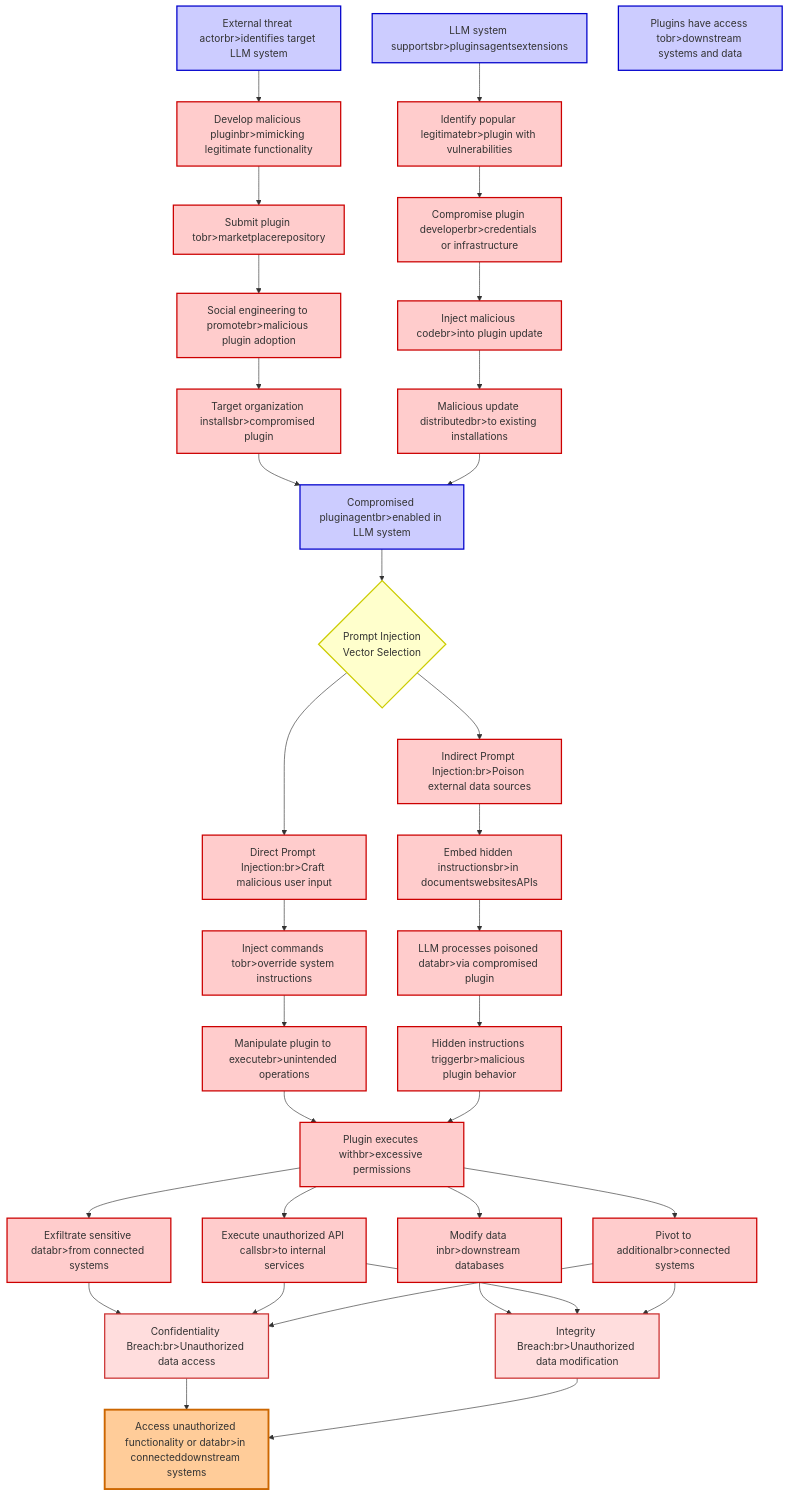
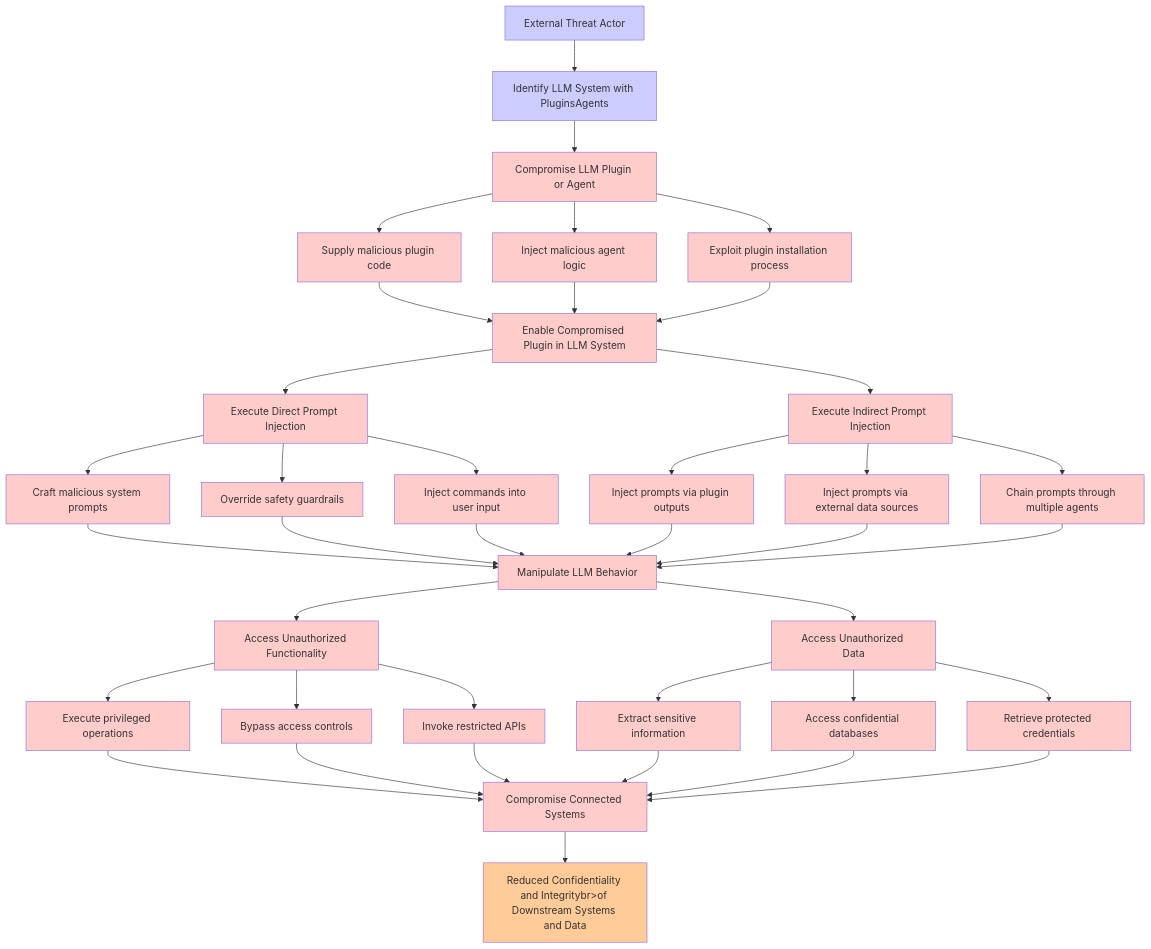
One commit to aws-samples/sample-agentic-attack-tree-generator changed the diagram in sample-applications/genai-chatbot/threatforest/attack_trees/attack_tree_0a054002-03d9-41cb-8b1d-1c9492c3fbb6_llm01_prompt_injection,_llm06_excessive_agency.md. Above: the diagram before and after it, drawn with Mermaid. The commit also changed other lines of this file and 310 other files, not shown here.

````diff
--- a/sample-applications/genai-chatbot/threatforest/attack_trees/attack_tree_0a054002-03d9-41cb-8b1d-1c9492c3fbb6_llm01_prompt_injection,_llm06_excessive_agency.md
+++ b/sample-applications/genai-chatbot/threatforest/attack_trees/attack_tree_0a054002-03d9-41cb-8b1d-1c9492c3fbb6_llm01_prompt_injection,_llm06_excessive_agency.md
@@ -8,59 +8,47 @@
 ```mermaid
 graph TD
-    GOAL[" Access unauthorized functionality or databr>in connecteddownstream systems"]
-    %% Initial Facts/Conditions
-    FACT1["External threat actorbr>identifies target LLM system"]
-    FACT2["LLM system supportsbr>pluginsagentsextensions"]
-    FACT3["Plugins have access tobr>downstream systems and data"]
-    %% Attack Path 1: Compromised Plugin Installation
-    FACT1 --> A1["Develop malicious pluginbr>mimicking legitimate functionality"]
-    A1 --> A2["Submit plugin tobr>marketplacerepository"]
-    A2 --> A3["Social engineering to promotebr>malicious plugin adoption"]
-    A3 --> A4["Target organization installsbr>compromised plugin"]
-    A4 --> PLUGIN_ACTIVE["Compromised pluginagentbr>enabled in LLM system"]
-    %% Attack Path 2: Supply Chain Compromise
-    FACT2 --> B1["Identify popular legitimatebr>plugin with vulnerabilities"]
-    B1 --> B2["Compromise plugin developerbr>credentials or infrastructure"]
-    B2 --> B3["Inject malicious codebr>into plugin update"]
-    B3 --> B4["Malicious update distributedbr>to existing installations"]
-    B4 --> PLUGIN_ACTIVE
-    %% Prompt Injection Attack Vectors
-    PLUGIN_ACTIVE --> INJECT_CHOICE{"Prompt Injection<br/>Vector Selection"}
-    %% Direct Prompt Injection Path
-    INJECT_CHOICE --> C1["Direct Prompt Injection:br>Craft malicious user input"]
-    C1 --> C2["Inject commands tobr>override system instructions"]
-    C2 --> C3["Manipulate plugin to executebr>unintended operations"]
-    %% Indirect Prompt Injection Path
-    INJECT_CHOICE --> D1["Indirect Prompt Injection:br>Poison external data sources"]
-    D1 --> D2["Embed hidden instructionsbr>in documentswebsitesAPIs"]
-    D2 --> D3["LLM processes poisoned databr>via compromised plugin"]
-    D3 --> D4["Hidden instructions triggerbr>malicious plugin behavior"]
-    %% Exploitation Outcomes
-    C3 --> EXPLOIT["Plugin executes withbr>excessive permissions"]
-    D4 --> EXPLOIT
-    EXPLOIT --> E1["Exfiltrate sensitive databr>from connected systems"]
-    EXPLOIT --> E2["Modify data inbr>downstream databases"]
-    EXPLOIT --> E3["Execute unauthorized API callsbr>to internal services"]
-    EXPLOIT --> E4["Pivot to additionalbr>connected systems"]
-    %% Impact on Goals
-    E1 --> CONF_IMPACT[" Confidentiality Breach:br>Unauthorized data access"]
-    E2 --> INT_IMPACT[" Integrity Breach:br>Unauthorized data modification"]
-    E3 --> CONF_IMPACT
-    E3 --> INT_IMPACT
-    E4 --> CONF_IMPACT
-    E4 --> INT_IMPACT
-    CONF_IMPACT --> GOAL
-    INT_IMPACT --> GOAL
-    %% Styling
-    classDef attack fill:#ffcccc,stroke:#cc0000,stroke-width:2px
-    classDef goal fill:#ffcc99,stroke:#cc6600,stroke-width:3px
-    classDef fact fill:#ccccff,stroke:#0000cc,stroke-width:2px
-    classDef decision fill:#ffffcc,stroke:#cccc00,stroke-width:2px
-    classDef impact fill:#ffdddd,stroke:#cc3333,stroke-width:2px
-    class FACT1,FACT2,FACT3,PLUGIN_ACTIVE fact
-    class A1,A2,A3,A4,B1,B2,B3,B4,C1,C2,C3,D1,D2,D3,D4,E1,E2,E3,E4,EXPLOIT attack
-    class GOAL goal
-    class INJECT_CHOICE decision
-    class CONF_IMPACT,INT_IMPACT impact
+    A["External Threat Actor"] --> B["Identify LLM System with PluginsAgents"]
+    B --> C["Compromise LLM Plugin or Agent"]
+    C --> C1["Supply malicious plugin code"]
+    C --> C2["Inject malicious agent logic"]
+    C --> C3["Exploit plugin installation process"]
+    C1 --> D["Enable Compromised Plugin in LLM System"]
+    C2 --> D
+    C3 --> D
+    D --> E["Execute Direct Prompt Injection"]
+    D --> F["Execute Indirect Prompt Injection"]
+    E --> E1["Craft malicious system prompts"]
+    E --> E2["Override safety guardrails"]
+    E --> E3["Inject commands into user input"]
+    F --> F1["Inject prompts via plugin outputs"]
+    F --> F2["Inject prompts via external data sources"]
+    F --> F3["Chain prompts through multiple agents"]
+    E1 --> G["Manipulate LLM Behavior"]
+    E2 --> G
+    E3 --> G
+    F1 --> G
+    F2 --> G
+    F3 --> G
+    G --> H["Access Unauthorized Functionality"]
+    G --> I["Access Unauthorized Data"]
+    H --> J["Execute privileged operations"]
+    H --> K["Bypass access controls"]
+    H --> L["Invoke restricted APIs"]
+    I --> M["Extract sensitive information"]
+    I --> N["Access confidential databases"]
+    I --> O["Retrieve protected credentials"]
+    J --> P["Compromise Connected Systems"]
+    K --> P
+    L --> P
+    M --> P
+    N --> P
+    O --> P
+    P --> Q["Reduced Confidentiality and Integritybr>of Downstream Systems and Data"]
+    classDef attack fill:#ffcccc
+    classDef fact fill:#ccccff
+    classDef goal fill:#ffcc99
+    class C,C1,C2,C3,D,E,E1,E2,E3,F,F1,F2,F3,G,H,I,J,K,L,M,N,O,P attack
+    class A,B fact
+    class Q goal
     classDef mitigation fill:#ccffcc
 ```
````
